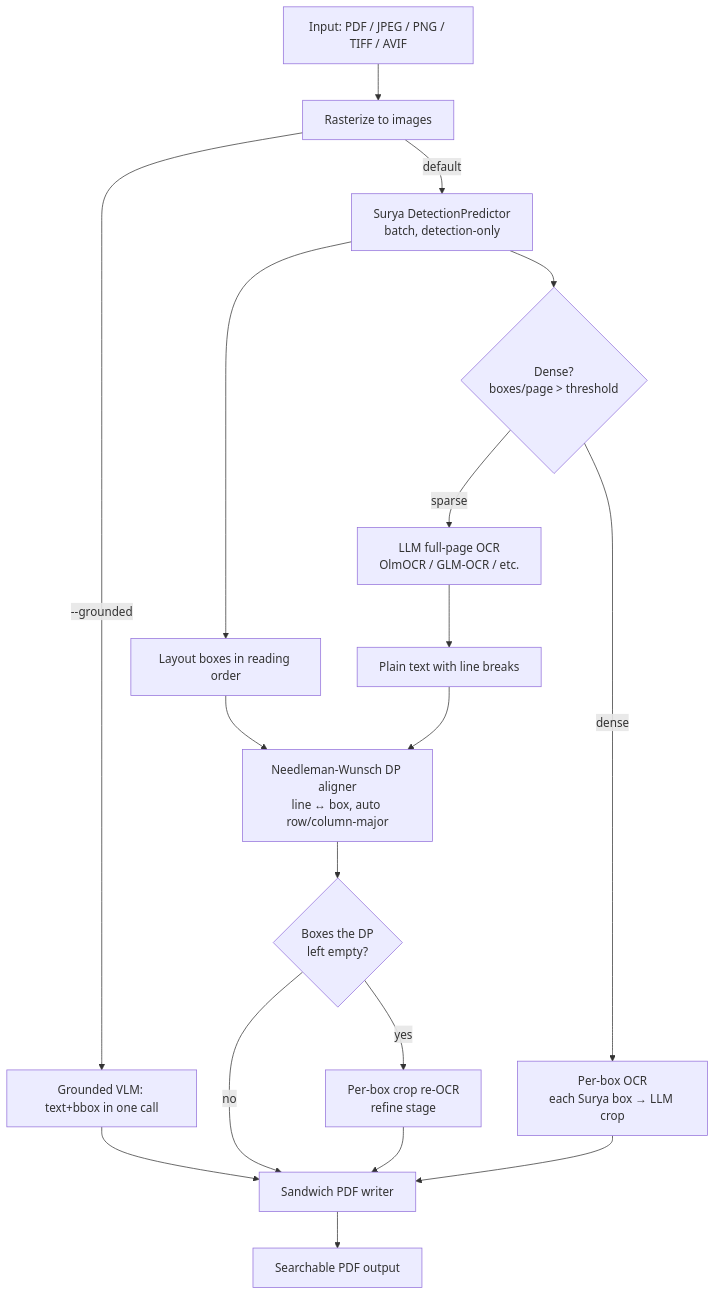
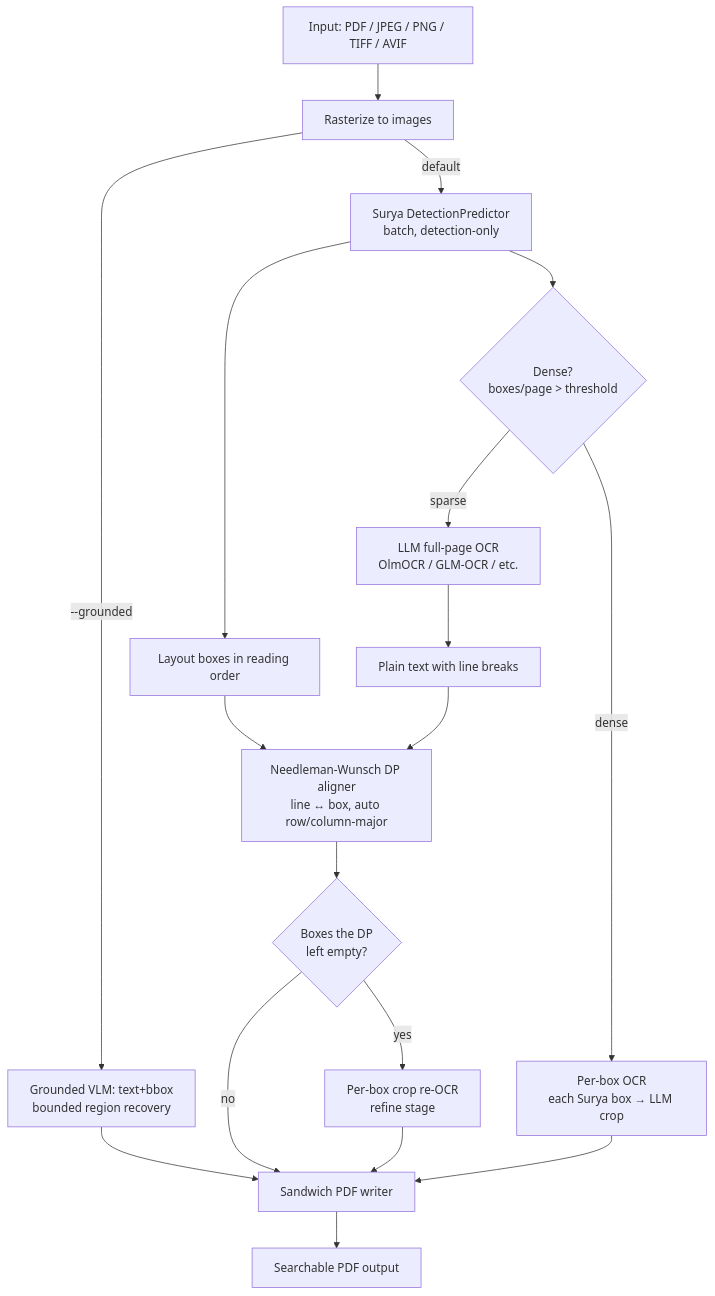
Before and after one commit to ahnafnafee/local-llm-pdf-ocr: the diagram in README.md, drawn with Mermaid. The commit also changed other lines of this file and 60 other files, not shown here.

````diff
--- a/README.md
+++ b/README.md
@@ -90,21 +90,21 @@
 ```mermaid
 graph TD
     A[Input: PDF / JPEG / PNG / TIFF / AVIF] --> B[Rasterize to images]
-    B -->|--grounded| Z[Grounded VLM: text+bbox in one call]
+    B -->|--grounded| Z[Grounded VLM: text+bbox<br/>bounded region recovery]
     Z --> EMB
 
     B -->|default| C[Surya DetectionPredictor<br/>batch, detection-only]
     C --> DM{Dense?<br/>boxes/page > threshold}
     DM -->|sparse| D[LLM full-page OCR<br/>OlmOCR / GLM-OCR / etc.]
     DM -->|dense| P[Per-box OCR<br/>each Surya box → LLM crop]
     D --> F[Plain text with line breaks]
     C --> E[Layout boxes in reading order]
     E --> G[Needleman-Wunsch DP aligner<br/>line ↔ box, auto row/column-major]
     F --> G
     G --> H{Boxes the DP<br/>left empty?}
     H -->|yes| R[Per-box crop re-OCR<br/>refine stage]
     H -->|no| EMB[Sandwich PDF writer]
     R --> EMB
     P --> EMB
     EMB --> L[Searchable PDF output]
 ```
````
